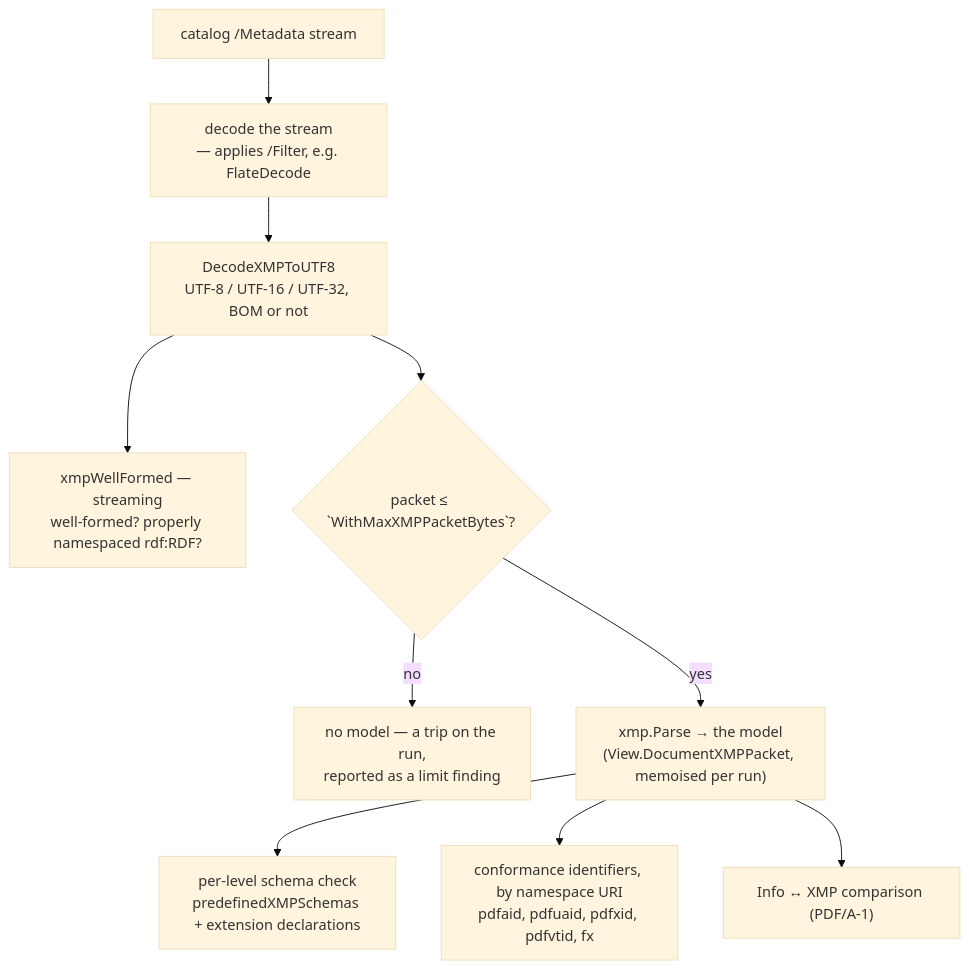
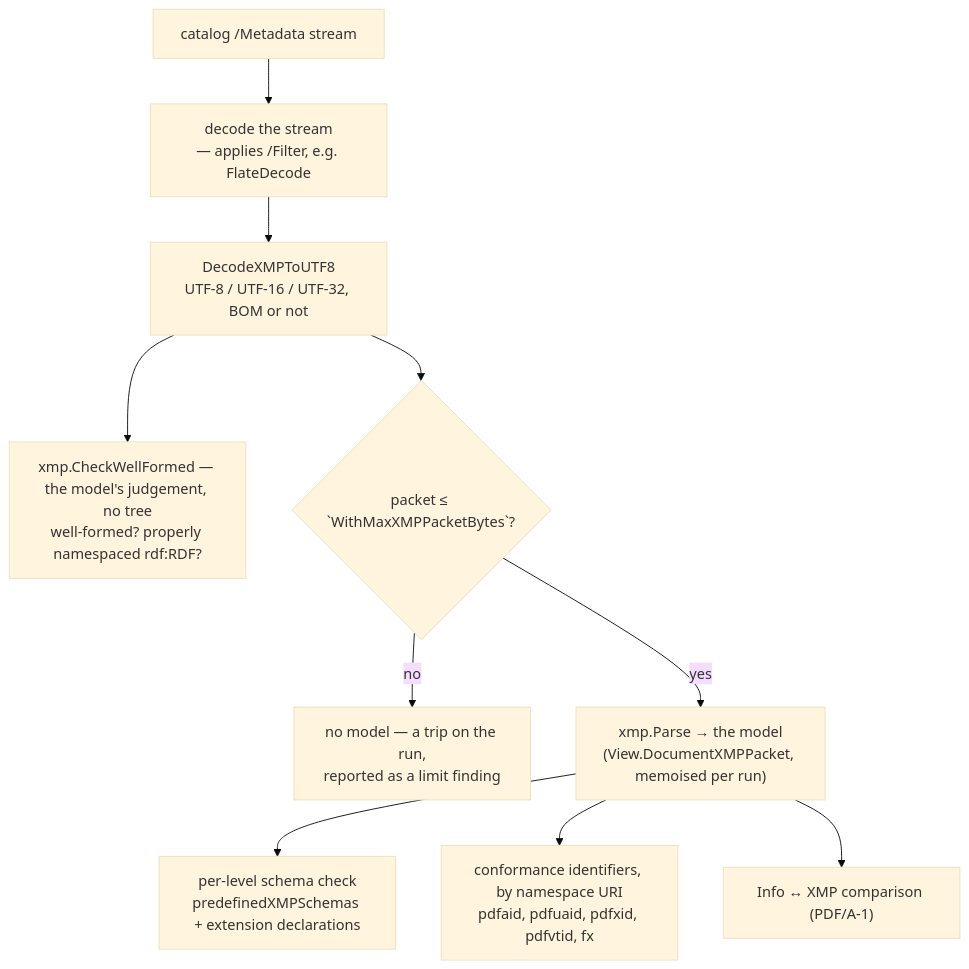
Before and after one commit to mgilbir/pdf0: the diagram in docs/xmp.md, drawn with Mermaid (base theme). The commit also changed other lines of this file and 12 other files, not shown here.

````diff
--- a/docs/xmp.md
+++ b/docs/xmp.md
@@ -18,12 +18,12 @@
 ```mermaid
 flowchart TD
     S["catalog /Metadata stream"] --> F["decode the stream<br/>— applies /Filter, e.g. FlateDecode"]
     F --> E["DecodeXMPToUTF8<br/>UTF-8 / UTF-16 / UTF-32, BOM or not"]
-    E --> W["xmpWellFormed — streaming<br/>well-formed? properly namespaced rdf:RDF?"]
+    E --> W["xmp.CheckWellFormed — the model's judgement, no tree<br/>well-formed? properly namespaced rdf:RDF?"]
     E --> C{"packet ≤ `WithMaxXMPPacketBytes`?"}
     C -->|no| LIM["no model — a trip on the run,<br/>reported as a limit finding"]
     C -->|yes| M["xmp.Parse → the model<br/>(View.DocumentXMPPacket, memoised per run)"]
     M --> P["per-level schema check<br/>predefinedXMPSchemas + extension declarations"]
     M --> ID["conformance identifiers, by namespace URI<br/>pdfaid, pdfuaid, pdfxid, pdfvtid, fx"]
     M --> IX["Info ↔ XMP comparison (PDF/A-1)"]
 ```
````
